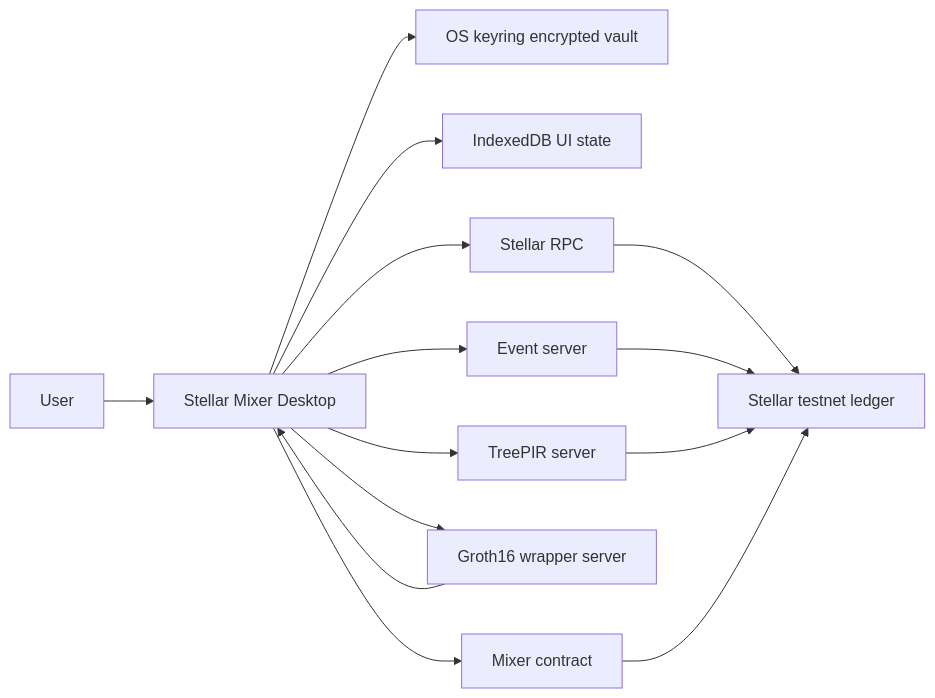
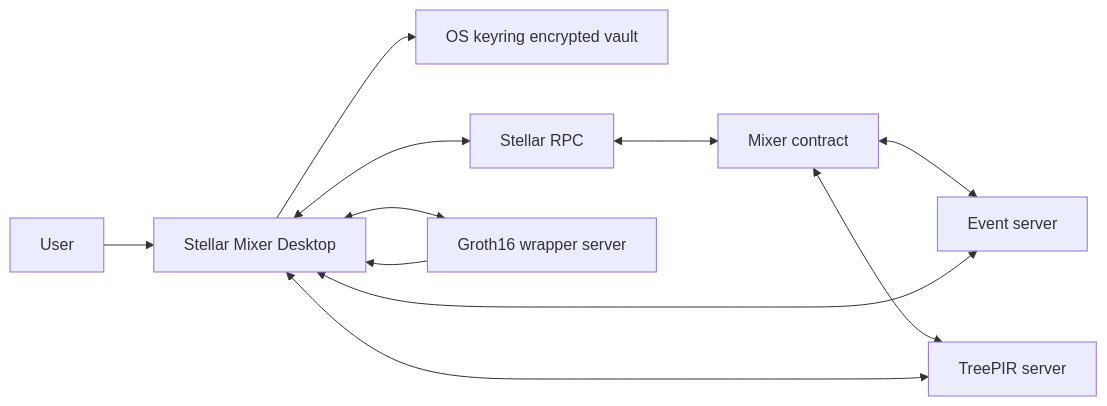
Before and after one commit to stellar-mixer/stellar-mixer-desktop: the first of 4 diagrams in README.md, drawn with Mermaid. The commit also changed other lines of this file, not shown here.

````diff
--- a/README.md
+++ b/README.md
@@ -40,19 +40,17 @@
 ```mermaid
 flowchart LR
     User[User] --> Desktop[Stellar Mixer Desktop]
 
     Desktop --> Vault[OS keyring encrypted vault]
-    Desktop --> UIState[IndexedDB UI state]
 
-    Desktop --> RPC[Stellar RPC]
-    Desktop --> Archive[Event server]
-    Desktop --> TreePIR[TreePIR server]
-    Desktop --> Wrap[Groth16 wrapper server]
-    Desktop --> Contract[Mixer contract]
+    Desktop <--> RPC[Stellar RPC]
+    RPC <--> Contract[Mixer contract]
 
-    RPC --> Chain[Stellar testnet ledger]
-    Archive --> Chain
-    TreePIR --> Chain
-    Contract --> Chain
+    Contract <--> EventServer[Event server]
+    Contract <--> TreePIR[TreePIR server]
+
+    Desktop <--> EventServer
+    Desktop <--> TreePIR
+    Desktop <--> Wrap[Groth16 wrapper server]
     Wrap --> Desktop
 ```
````
